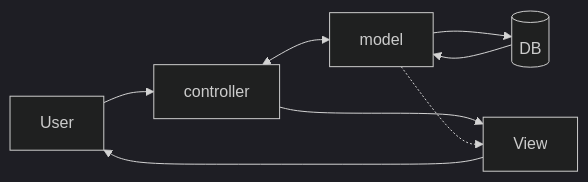
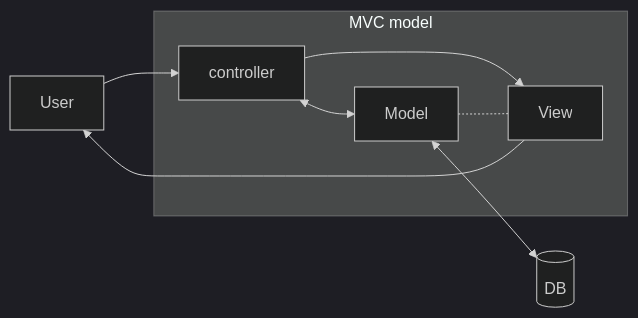
Before and after one commit to potatostore/Obsidian: the second of 2 diagrams in Knowledge/Backend Develop Structure.md, drawn with Mermaid (dark theme).

Commit message:
vault backup: 2025-02-26 14:50:10

````diff
--- a/Knowledge/Backend Develop Structure.md
+++ b/Knowledge/Backend Develop Structure.md
@@ -20,8 +20,11 @@
 ``` mermaid
-graph LR
-	A1["User"] --> A2["controller"] <--> A3["model"] --> A4[("DB")]
-	A2 --> A5
-	A4 --> A3
-	A3 -.-> A5["View"] --> A1
+flowchart LR
+	A1["User"] --> B2["controller"]
+	subgraph MVC model
+	B2 --> C3["View"]
+	B2 <--> A4["Model"] -.- C3
+	end
+	C3 --> A1
+	A4 <--> A5[("DB")]
 	
 ```
````
